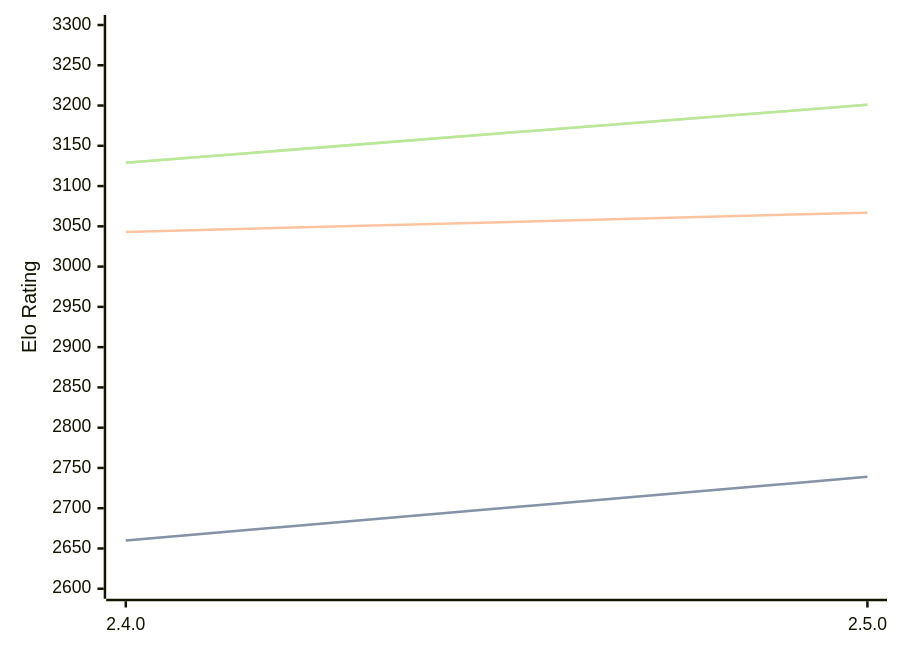
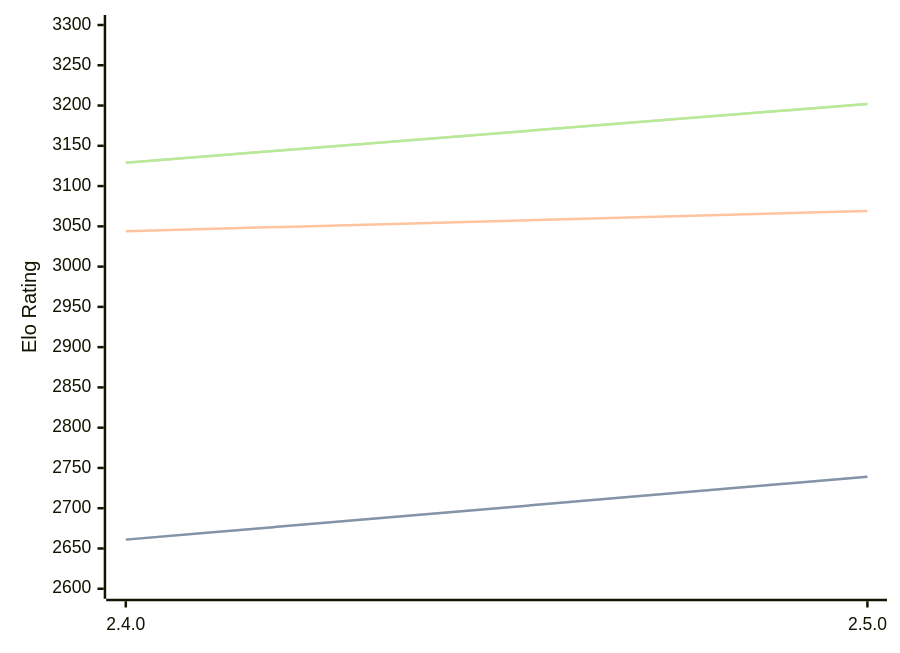
One commit to computer-chess-index/cci changed the diagram in engines/Sturddle2.md. Above: the diagram before and after it, drawn with Mermaid. The commit also changed other lines of this file, not shown here.

Commit message:
Update CCI Ratings (ELO VLTC) - 2026-04-25

````diff
--- a/engines/Sturddle2.md
+++ b/engines/Sturddle2.md
@@ -37,11 +37,11 @@
 ```mermaid
 %%{init: {"theme":"base","themeVariables":{"seriesColors:['#a3a3a3','#222221','#faa371']}}}%%
 xychart-beta
   x-axis ["2.4.0", "2.5.0"]
   y-axis "Elo Rating" 2600 --> 3300
-  line "STC (8.0+0.08s)" [2660, 2739]
-  line "STC (8.0+0.08s)" [2660, 2739]
-  line "LTC (60.0+0.60s)" [3043, 3067]
-  line "VLTC (2m24s+1.12s)" [3129, 3201]
-  line "VLTC (2m24s+1.12s)" [3129, 3201]
+  line "STC (8.0+0.08s)" [2661, 2739]
+  line "STC (8.0+0.08s)" [2661, 2739]
+  line "LTC (60.0+0.60s)" [3044, 3069]
+  line "VLTC (2m24s+1.12s)" [3129, 3202]
+  line "VLTC (2m24s+1.12s)" [3129, 3202]
 ```
````
